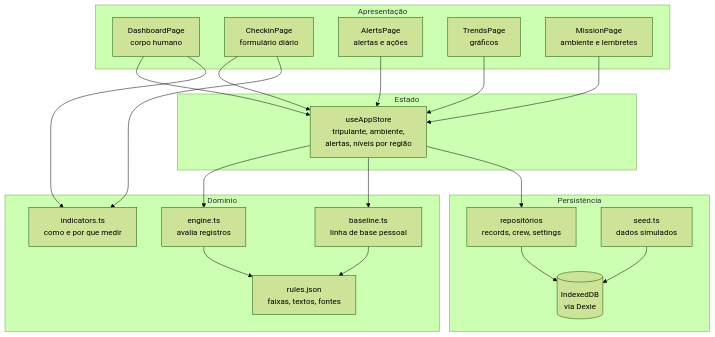
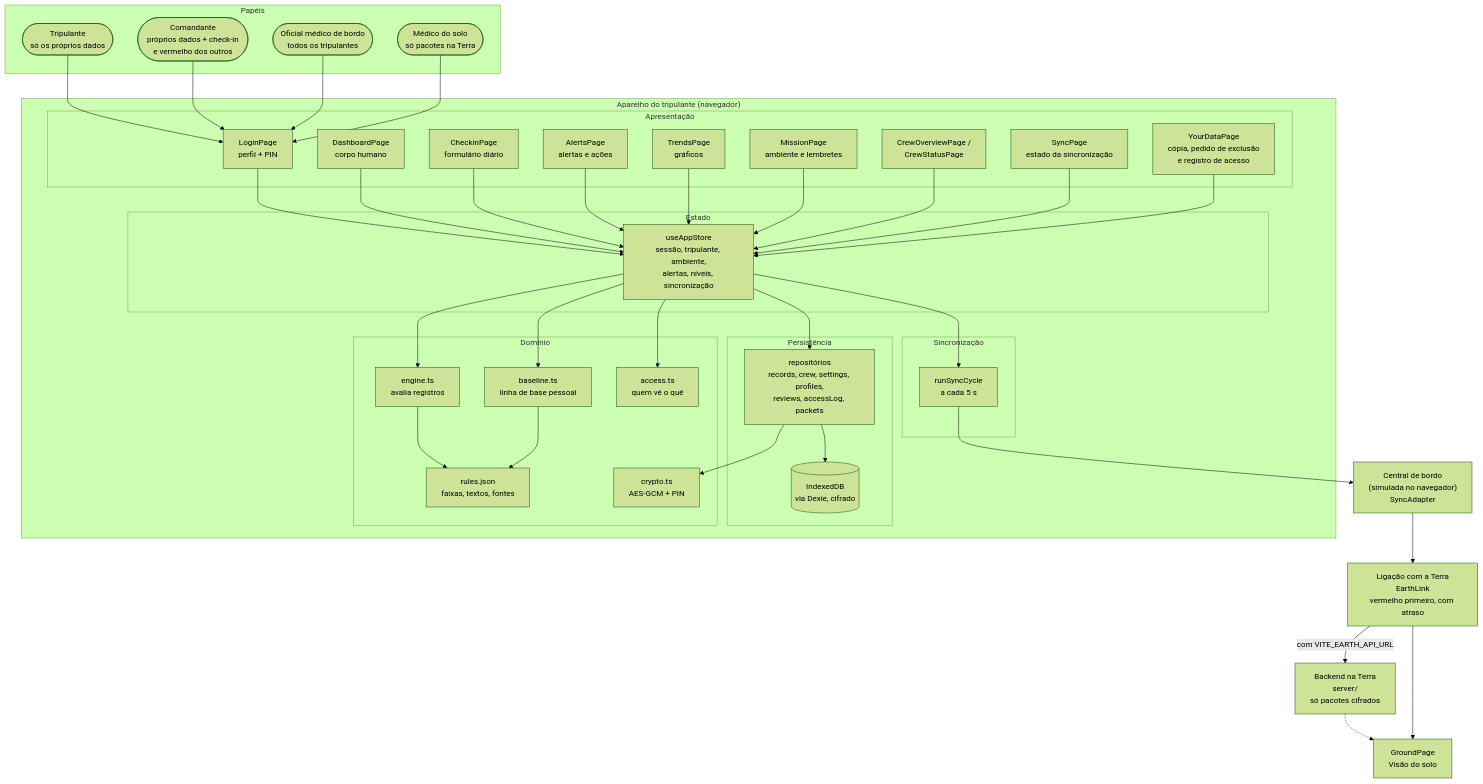
One commit to davisantbjj/NasaSpaceApp-Sentinela- changed the diagram in docs/diagramas/01-visao-geral.md. Above: the diagram before and after it, drawn with Mermaid (forest theme). The commit also changed other lines of this file and 81 other files, not shown here.

Commit message:
Traz de volta login, papéis, sincronização, backend e privacidade, com uma chave por tripulante

````diff
--- a/docs/diagramas/01-visao-geral.md
+++ b/docs/diagramas/01-visao-geral.md
@@ -5,44 +5,80 @@
 ```mermaid
 flowchart TB
-    subgraph UI["Apresentação"]
-        Dashboard["DashboardPage<br/>corpo humano"]
-        Checkin["CheckinPage<br/>formulário diário"]
-        AlertsP["AlertsPage<br/>alertas e ações"]
-        Trends["TrendsPage<br/>gráficos"]
-        Mission["MissionPage<br/>ambiente e lembretes"]
+    subgraph Roles["Papéis"]
+        Crew(["Tripulante<br/>só os próprios dados"])
+        Cmd(["Comandante<br/>próprios dados + check-in<br/>e vermelho dos outros"])
+        MO(["Oficial médico de bordo<br/>todos os tripulantes"])
+        GS(["Médico do solo<br/>só pacotes na Terra"])
     end
 
-    subgraph State["Estado"]
-        Store["useAppStore<br/>tripulante, ambiente,<br/>alertas, níveis por região"]
+    subgraph Device["Aparelho do tripulante (navegador)"]
+        subgraph UI["Apresentação"]
+            Login["LoginPage<br/>perfil + PIN"]
+            Dashboard["DashboardPage<br/>corpo humano"]
+            Checkin["CheckinPage<br/>formulário diário"]
+            AlertsP["AlertsPage<br/>alertas e ações"]
+            Trends["TrendsPage<br/>gráficos"]
+            Mission["MissionPage<br/>ambiente e lembretes"]
+            CrewP["CrewOverviewPage /<br/>CrewStatusPage"]
+            SyncP["SyncPage<br/>estado da sincronização"]
+            Privacy["YourDataPage<br/>cópia, pedido de exclusão<br/>e registro de acesso"]
+        end
+
+        subgraph State["Estado"]
+            Store["useAppStore<br/>sessão, tripulante, ambiente,<br/>alertas, níveis, sincronização"]
+        end
+
+        subgraph Domain["Domínio"]
+            Engine["engine.ts<br/>avalia registros"]
+            BaselineM["baseline.ts<br/>linha de base pessoal"]
+            RulesJ["rules.json<br/>faixas, textos, fontes"]
+            Access["access.ts<br/>quem vê o quê"]
+            Crypto["crypto.ts<br/>AES-GCM + PIN"]
+        end
+
+        subgraph Data["Persistência"]
+            Repos["repositórios<br/>records, crew, settings, profiles,<br/>reviews, accessLog, packets"]
+            DB[("IndexedDB<br/>via Dexie, cifrado")]
+        end
+
+        subgraph Sync["Sincronização"]
+            Cycle["runSyncCycle<br/>a cada 5 s"]
+        end
     end
 
-    subgraph Domain["Domínio"]
-        Engine["engine.ts<br/>avalia registros"]
-        BaselineM["baseline.ts<br/>linha de base pessoal"]
-        RulesJ["rules.json<br/>faixas, textos, fontes"]
-        Content["indicators.ts<br/>como e por que medir"]
-    end
+    Central["Central de bordo<br/>(simulada no navegador)<br/>SyncAdapter"]
+    Link["Ligação com a Terra<br/>EarthLink<br/>vermelho primeiro, com atraso"]
+    Server["Backend na Terra<br/>server/<br/>só pacotes cifrados"]
+    Ground["GroundPage<br/>Visão do solo"]
 
-    subgraph Data["Persistência"]
-        Repos["repositórios<br/>records, crew, settings"]
-        DB[("IndexedDB<br/>via Dexie")]
-        Seed["seed.ts<br/>dados simulados"]
-    end
+    Crew --> Login
+    Cmd --> Login
+    MO --> Login
+    GS --> Login
 
+    Login --> Store
     Dashboard --> Store
     Checkin --> Store
     AlertsP --> Store
     Trends --> Store
     Mission --> Store
-    Checkin --> Content
-    Dashboard --> Content
+    CrewP --> Store
+    SyncP --> Store
+    Privacy --> Store
 
     Store --> Engine
     Store --> BaselineM
+    Store --> Access
     Store --> Repos
+    Store --> Cycle
     Engine --> RulesJ
     BaselineM --> RulesJ
+    Repos --> Crypto
+    Repos --> DB
 
-    Repos --> DB
-    Seed --> DB
+    Cycle --> Central
+    Central --> Link
+    Link -- "com VITE_EARTH_API_URL" --> Server
+    Link --> Ground
+    Server -.-> Ground
 ```
````
